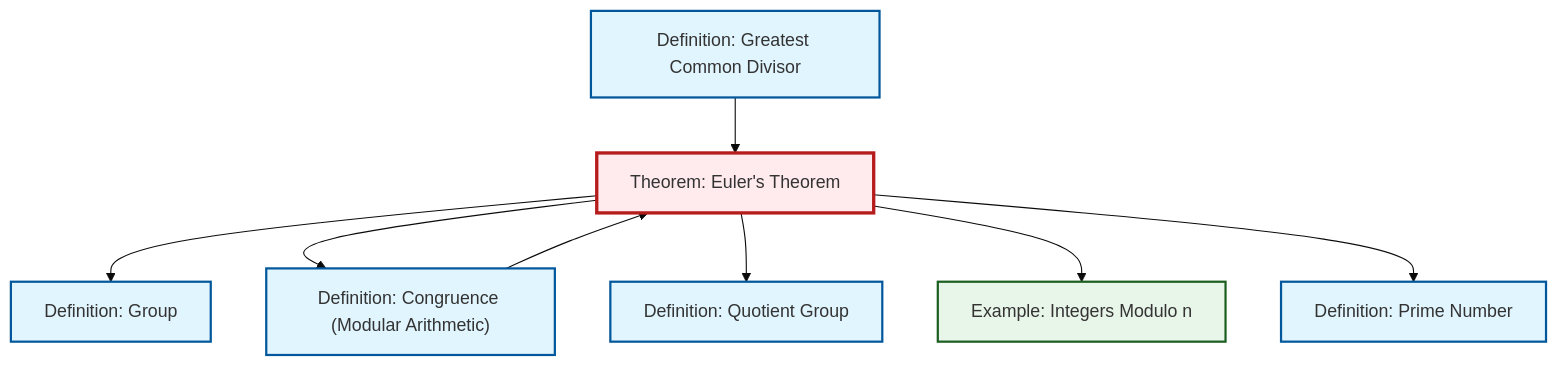
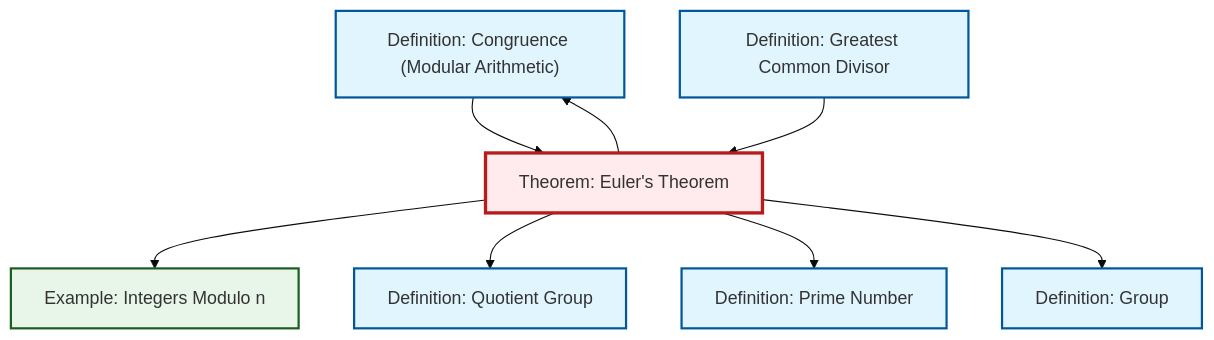
One commit to RK0429/ModernMath changed the diagram in output/mermaid/thm-euler.mermaid. Above: the diagram before and after it, drawn with Mermaid (base theme). The commit also changed other lines of this file and 1312 other files, not shown here.

```diff
--- a/output/mermaid/thm-euler.mermaid
+++ b/output/mermaid/thm-euler.mermaid
@@ -1,22 +1,22 @@
 %%| fig-cap: "Local dependency graph"
 graph TD
     classDef definition fill:#e1f5fe,stroke:#01579b,stroke-width:2px
     classDef theorem fill:#f3e5f5,stroke:#4a148c,stroke-width:2px
     classDef axiom fill:#fff3e0,stroke:#e65100,stroke-width:2px
     classDef example fill:#e8f5e9,stroke:#1b5e20,stroke-width:2px
     classDef current fill:#ffebee,stroke:#b71c1c,stroke-width:3px
+    def-congruence["Definition: Congruence (Modular Arithmetic)"]:::definition
+    def-group["Definition: Group"]:::definition
     thm-euler["Theorem: Euler's Theorem"]:::theorem
+    ex-quotient-integers-mod-n["Example: Integers Modulo n"]:::example
+    def-prime["Definition: Prime Number"]:::definition
+    def-quotient-group["Definition: Quotient Group"]:::definition
     def-gcd["Definition: Greatest Common Divisor"]:::definition
-    def-group["Definition: Group"]:::definition
-    def-congruence["Definition: Congruence (Modular Arithmetic)"]:::definition
-    ex-quotient-integers-mod-n["Example: Integers Modulo n"]:::example
-    def-quotient-group["Definition: Quotient Group"]:::definition
-    def-prime["Definition: Prime Number"]:::definition
-    thm-euler --> def-group
-    def-gcd --> thm-euler
+    thm-euler --> ex-quotient-integers-mod-n
     def-congruence --> thm-euler
     thm-euler --> def-congruence
     thm-euler --> def-quotient-group
-    thm-euler --> ex-quotient-integers-mod-n
     thm-euler --> def-prime
+    thm-euler --> def-group
+    def-gcd --> thm-euler
     class thm-euler current
```
